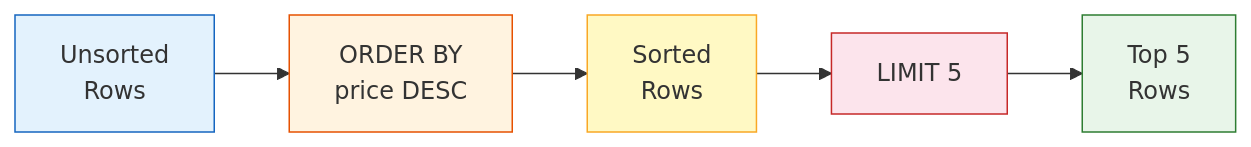
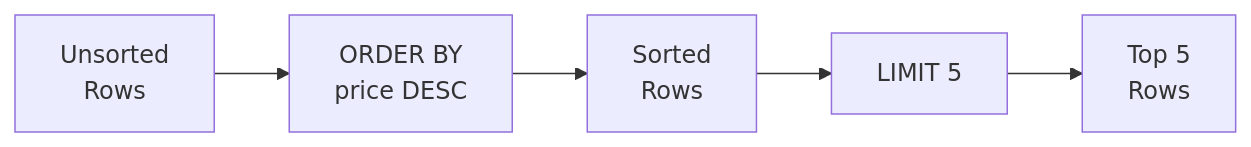
One commit to civilian7/sql-tutorial changed the diagram in docs/en/beginner/03-sort-limit.md. Above: the diagram before and after it, drawn with Mermaid. The commit also changed other lines of this file and 101 other files, not shown here.

````diff
--- a/docs/en/beginner/03-sort-limit.md
+++ b/docs/en/beginner/03-sort-limit.md
@@ -5,9 +5,4 @@
 ```mermaid
 flowchart LR
     T["Unsorted\nRows"] --> O["ORDER BY\nprice DESC"] --> S["Sorted\nRows"] --> L["LIMIT 5"] --> R["Top 5\nRows"]
-    style T fill:#e3f2fd,stroke:#1565c0
-    style O fill:#fff3e0,stroke:#e65100
-    style S fill:#fff9c4,stroke:#f9a825
-    style L fill:#fce4ec,stroke:#c62828
-    style R fill:#e8f5e9,stroke:#2e7d32
 ```
````
